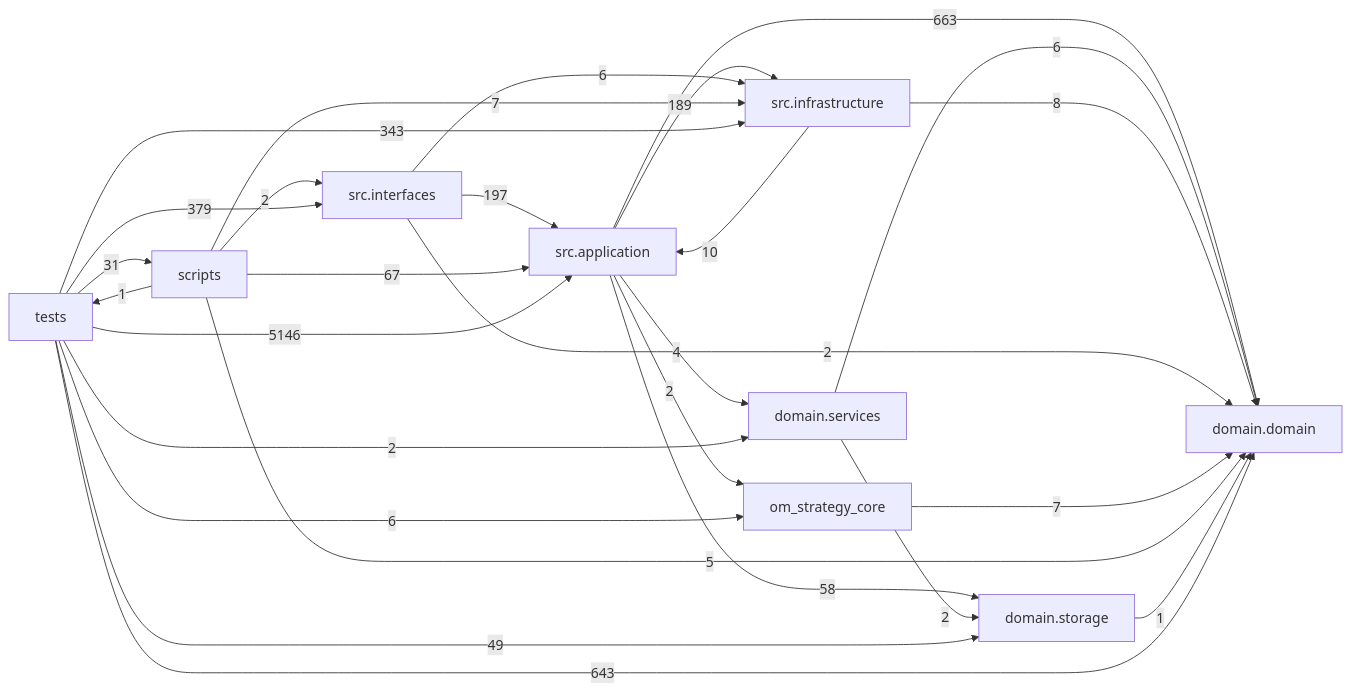
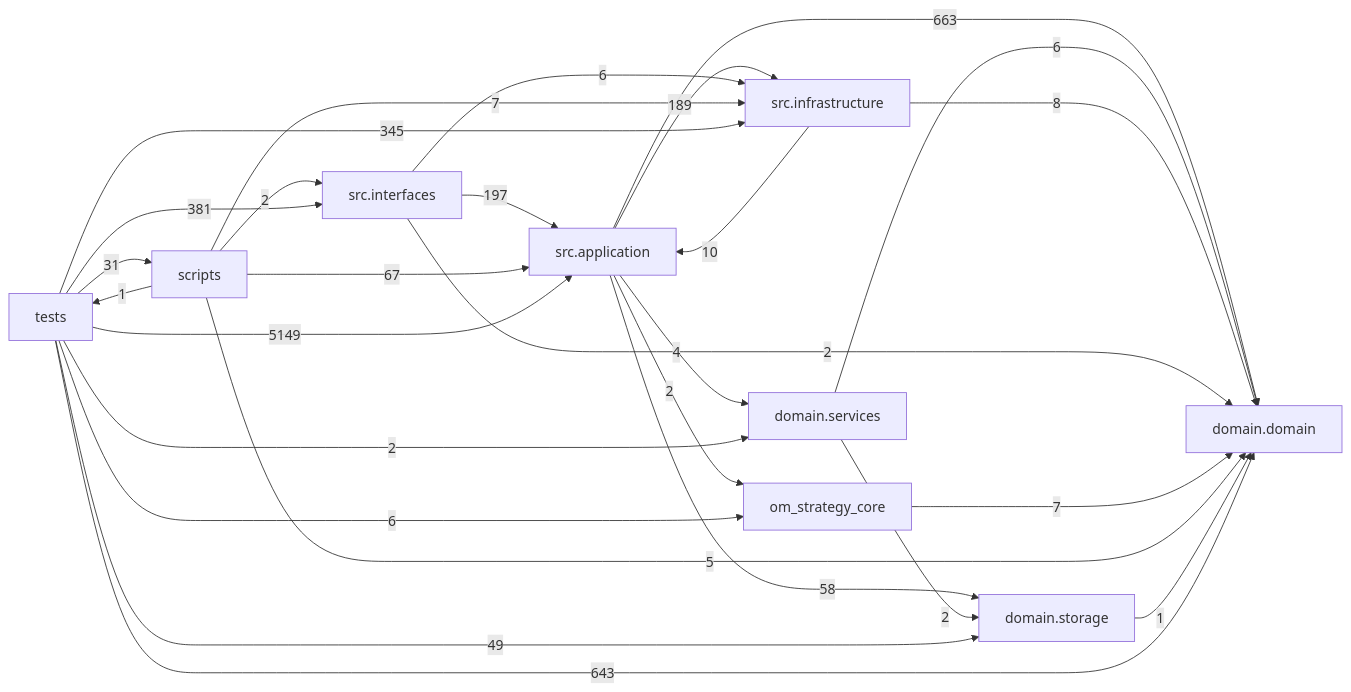
The diagram in docs/DEPENDENCY_GRAPH.md (liuxie066/options-monitor), drawn with Mermaid before and after one commit. The commit also changed other lines of this file and 5 other files, not shown here.

````diff
--- a/docs/DEPENDENCY_GRAPH.md
+++ b/docs/DEPENDENCY_GRAPH.md
@@ -24,38 +24,38 @@
 ```mermaid
 flowchart LR
   tests["tests"]
   scripts["scripts"]
   interfaces["src.interfaces"]
   application["src.application"]
   infrastructure["src.infrastructure"]
   domain_services["domain.services"]
   domain["domain.domain"]
   storage["domain.storage"]
   application -->|663| domain
   application -->|4| domain_services
   application -->|189| infrastructure
   application -->|2| om_strategy_core
   application -->|58| storage
   domain_services -->|6| domain
   domain_services -->|2| storage
   infrastructure -->|10| application
   infrastructure -->|8| domain
   interfaces -->|197| application
   interfaces -->|2| domain
   interfaces -->|6| infrastructure
   om_strategy_core -->|7| domain
   scripts -->|67| application
   scripts -->|5| domain
   scripts -->|7| infrastructure
   scripts -->|2| interfaces
   scripts -->|1| tests
   storage -->|1| domain
-  tests -->|5146| application
+  tests -->|5149| application
   tests -->|643| domain
   tests -->|2| domain_services
-  tests -->|343| infrastructure
-  tests -->|379| interfaces
+  tests -->|345| infrastructure
+  tests -->|381| interfaces
   tests -->|6| om_strategy_core
   tests -->|31| scripts
   tests -->|49| storage
 ```
````
